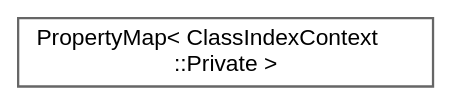
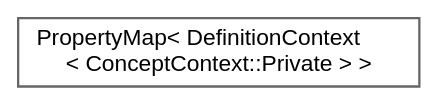
The diagram in inherit_graph_600.dot (Sweco-NL/doxygen), drawn with Graphviz before and after one commit. The commit also changed 7913 other files, not shown here.

```diff
--- a/inherit_graph_600.dot
+++ b/inherit_graph_600.dot
@@ -1,10 +1,10 @@
 digraph "Graphical Class Hierarchy"
 {
  // INTERACTIVE_SVG=YES
  // LATEX_PDF_SIZE
   bgcolor="transparent";
   edge [fontname=Helvetica,fontsize=10,labelfontname=Helvetica,labelfontsize=10];
   node [fontname=Helvetica,fontsize=10,shape=box,height=0.2,width=0.4];
   rankdir="LR";
-  Node0 [label="PropertyMap\< ClassIndexContext\l::Private \>",height=0.2,width=0.4,color="grey40", fillcolor="white", style="filled",URL="$d5/dbf/class_property_map.html",tooltip=" "];
+  Node0 [label="PropertyMap\< DefinitionContext\l\< ConceptContext::Private \> \>",height=0.2,width=0.4,color="grey40", fillcolor="white", style="filled",URL="$d5/dbf/class_property_map.html",tooltip=" "];
 }
```
